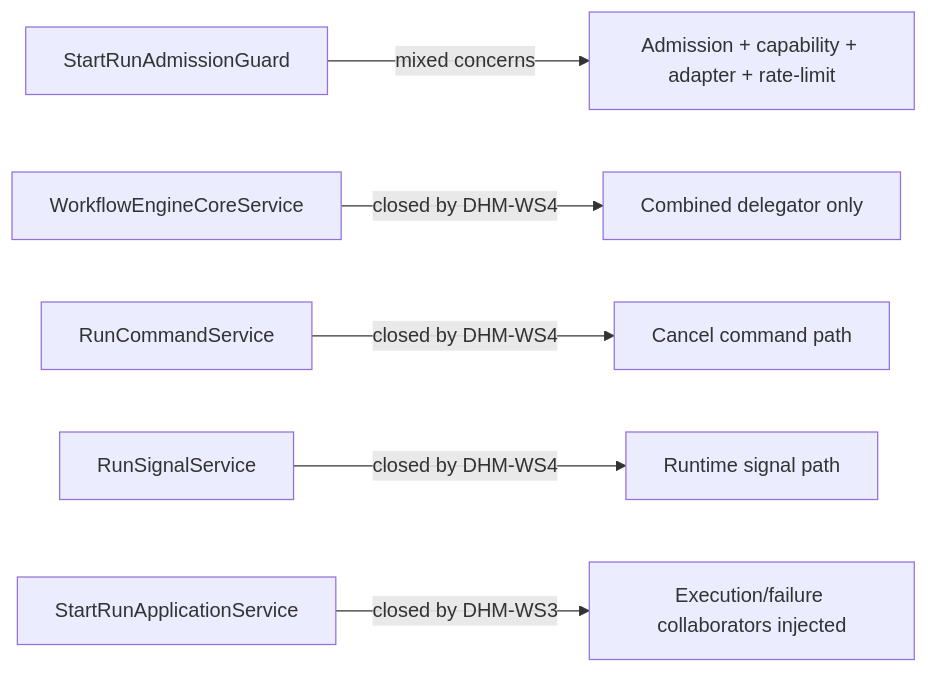
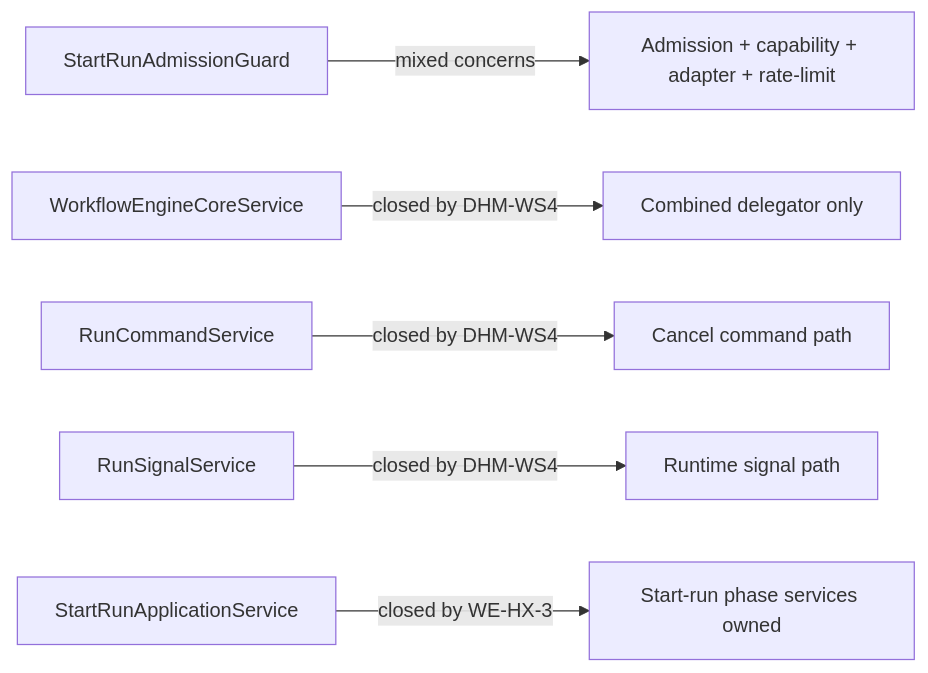
Before and after one commit to dunay2/dvt: the fifth of 5 diagrams in docs/architecture/components/engine/architecture/workflow-engine-subsystem-context.md, drawn with Mermaid. The commit also changed other lines of this file and 17 other files, not shown here.

Commit message:
test(engine): Remove duplicate DHM start-run architecture guard

````diff
--- a/docs/architecture/components/engine/architecture/workflow-engine-subsystem-context.md
+++ b/docs/architecture/components/engine/architecture/workflow-engine-subsystem-context.md
@@ -267,8 +267,8 @@
 ```mermaid
 flowchart LR
   Guard["StartRunAdmissionGuard"] -->|mixed concerns| W2["Admission + capability + adapter + rate-limit"]
   Core["WorkflowEngineCoreService"] -->|closed by DHM-WS4| W3["Combined delegator only"]
   Command["RunCommandService"] -->|closed by DHM-WS4| W5["Cancel command path"]
   Signal["RunSignalService"] -->|closed by DHM-WS4| W6["Runtime signal path"]
-  StartRun["StartRunApplicationService"] -->|closed by DHM-WS3| W4["Execution/failure collaborators injected"]
+  StartRun["StartRunApplicationService"] -->|closed by WE-HX-3| W4["Start-run phase services owned"]
 ```
````
